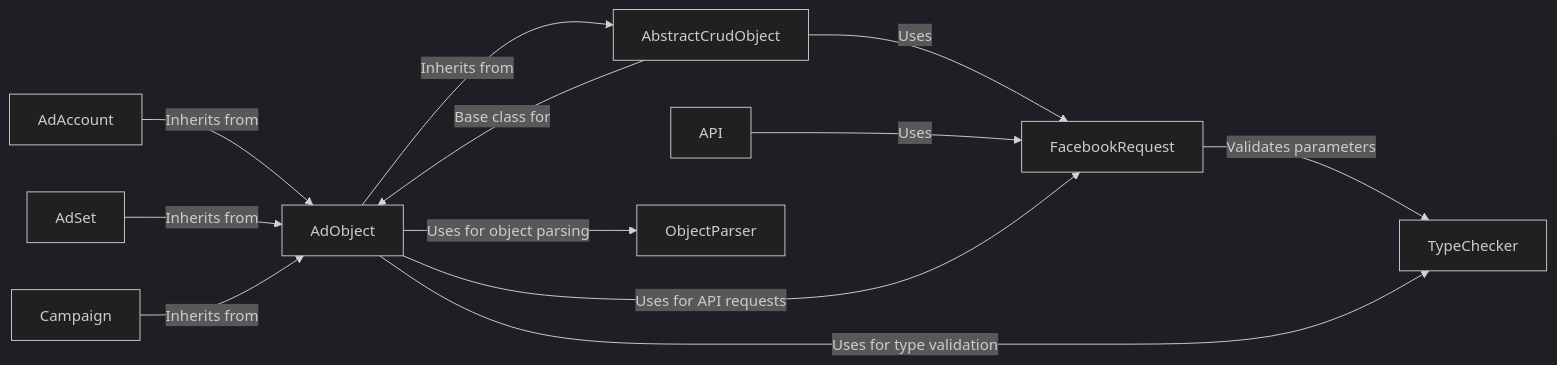
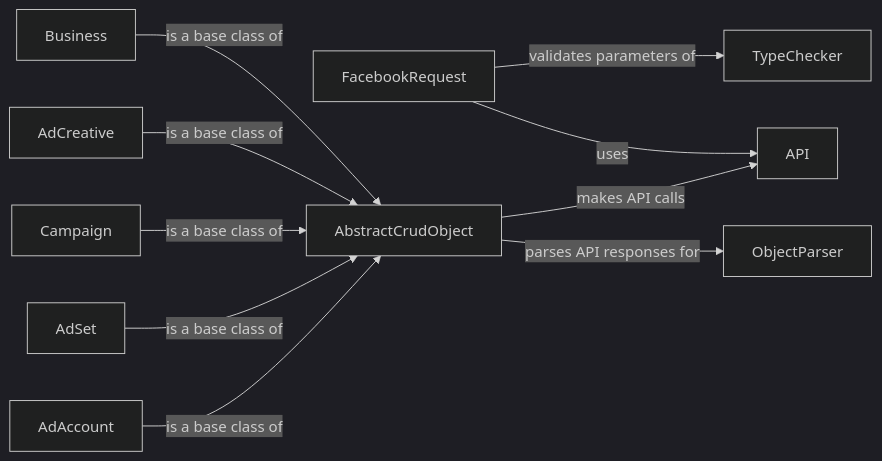
The diagram in facebook-python-business-sdk/Data Model Management.md (CodeBoarding/GeneratedOnBoardings), drawn with Mermaid (dark theme) before and after one commit. The commit also changed other lines of this file and 4 other files, not shown here.

Commit message:
Uploading onboarding materials for facebook-python-business-sdk

````diff
--- a/facebook-python-business-sdk/Data Model Management.md
+++ b/facebook-python-business-sdk/Data Model Management.md
@@ -1,23 +1,22 @@
 ```mermaid
 graph LR
-    AdObject["AdObject"]
+    API["API"]
+    FacebookRequest["FacebookRequest"]
+    TypeChecker["TypeChecker"]
     AbstractCrudObject["AbstractCrudObject"]
-    FacebookRequest["FacebookRequest"]
-    API["API"]
-    TypeChecker["TypeChecker"]
     ObjectParser["ObjectParser"]
     AdAccount["AdAccount"]
     AdSet["AdSet"]
     Campaign["Campaign"]
-    AbstractCrudObject -- "Base class for" --> AdObject
-    AbstractCrudObject -- "Uses" --> FacebookRequest
-    API -- "Uses" --> FacebookRequest
-    FacebookRequest -- "Validates parameters" --> TypeChecker
-    AdAccount -- "Inherits from" --> AdObject
-    AdSet -- "Inherits from" --> AdObject
-    Campaign -- "Inherits from" --> AdObject
-    AdObject -- "Inherits from" --> AbstractCrudObject
-    AdObject -- "Uses for object parsing" --> ObjectParser
-    AdObject -- "Uses for API requests" --> FacebookRequest
-    AdObject -- "Uses for type validation" --> TypeChecker
+    AdCreative["AdCreative"]
+    Business["Business"]
+    FacebookRequest -- "uses" --> API
+    FacebookRequest -- "validates parameters of" --> TypeChecker
+    AdAccount -- "is a base class of" --> AbstractCrudObject
+    AdSet -- "is a base class of" --> AbstractCrudObject
+    Campaign -- "is a base class of" --> AbstractCrudObject
+    AdCreative -- "is a base class of" --> AbstractCrudObject
+    Business -- "is a base class of" --> AbstractCrudObject
+    AbstractCrudObject -- "parses API responses for" --> ObjectParser
+    AbstractCrudObject -- "makes API calls" --> API
 ```
````
